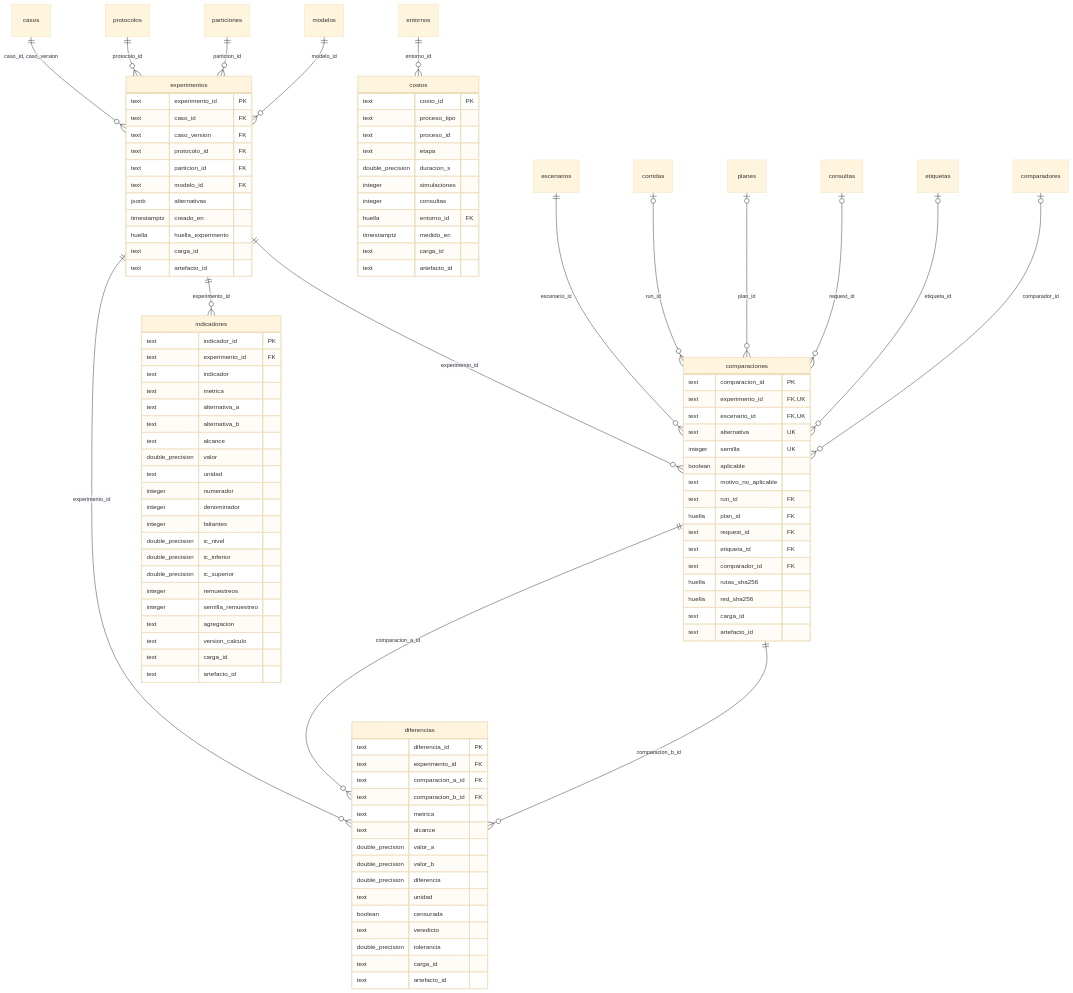
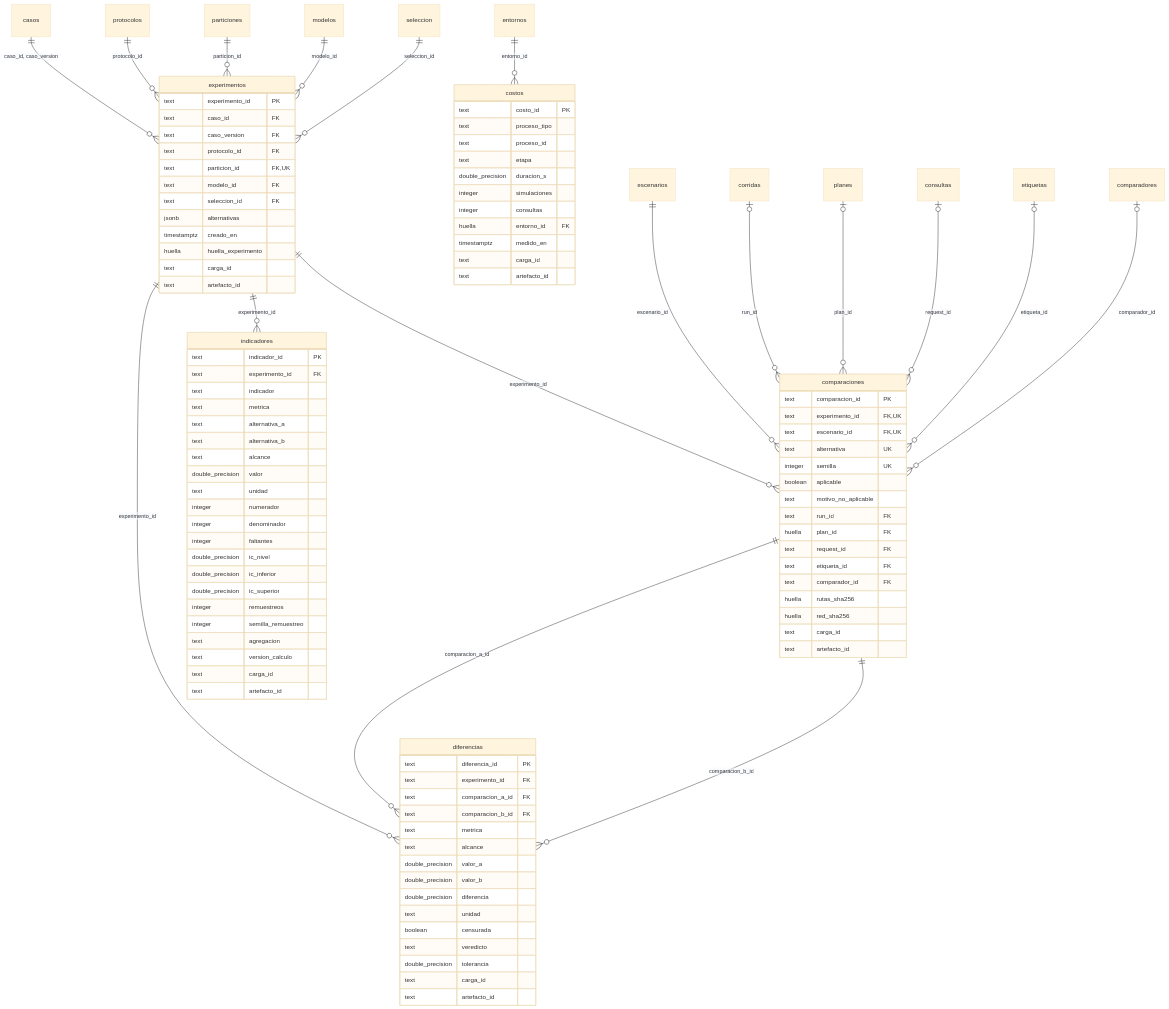
Before and after one commit to traffic-signal-timing-optimizer/estimador-tiempos-semaforicos: the seventh of 7 diagrams in docs/bd/diccionario.md, drawn with Mermaid (base theme). The commit also changed other lines of this file and 32 other files, not shown here.

```diff
--- a/docs/bd/diccionario.md
+++ b/docs/bd/diccionario.md
@@ -3102,8 +3203,9 @@
     text caso_id FK
     text caso_version FK
     text protocolo_id FK
-    text particion_id FK
+    text particion_id FK, UK
     text modelo_id FK
+    text seleccion_id FK
     jsonb alternativas
     timestamptz creado_en
     huella huella_experimento
@@ -3185,6 +3287,7 @@
   protocolos ||--o{ experimentos : "protocolo_id"
   particiones ||--o{ experimentos : "particion_id"
   modelos ||--o{ experimentos : "modelo_id"
+  seleccion ||--o{ experimentos : "seleccion_id"
   experimentos ||--o{ comparaciones : "experimento_id"
   escenarios ||--o{ comparaciones : "escenario_id"
   corridas |o--o{ comparaciones : "run_id"
```
